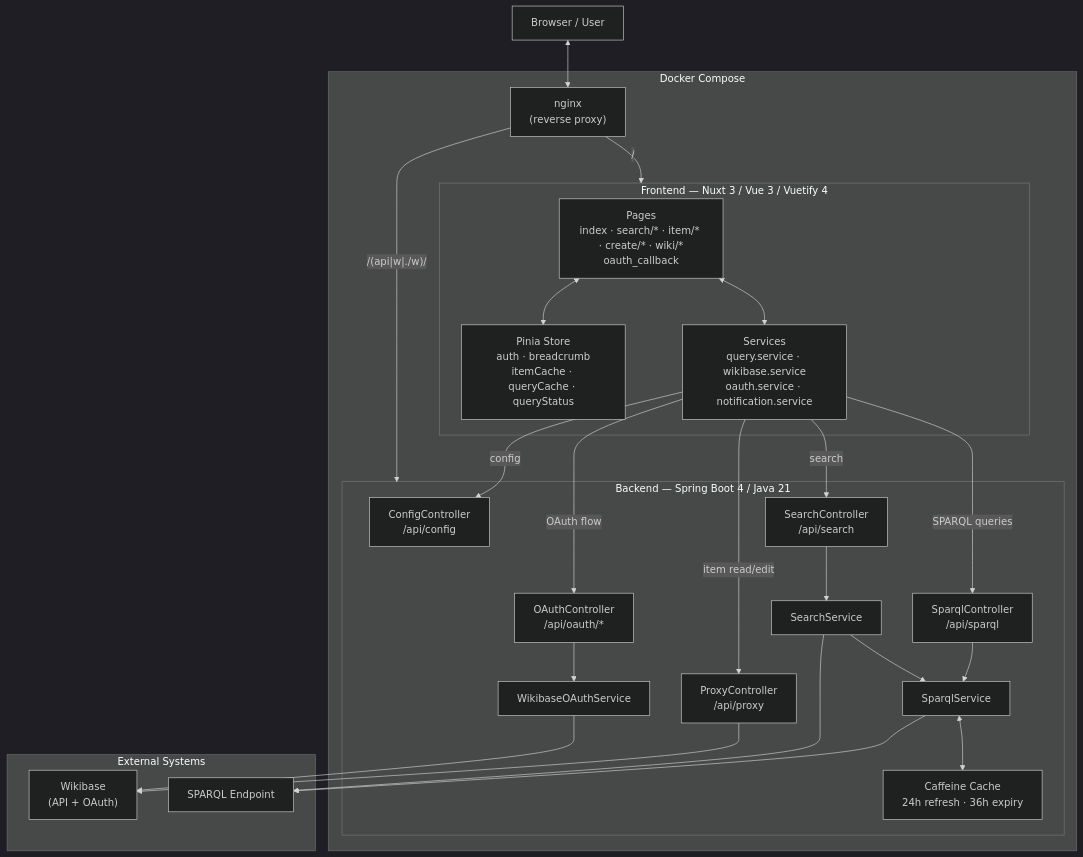
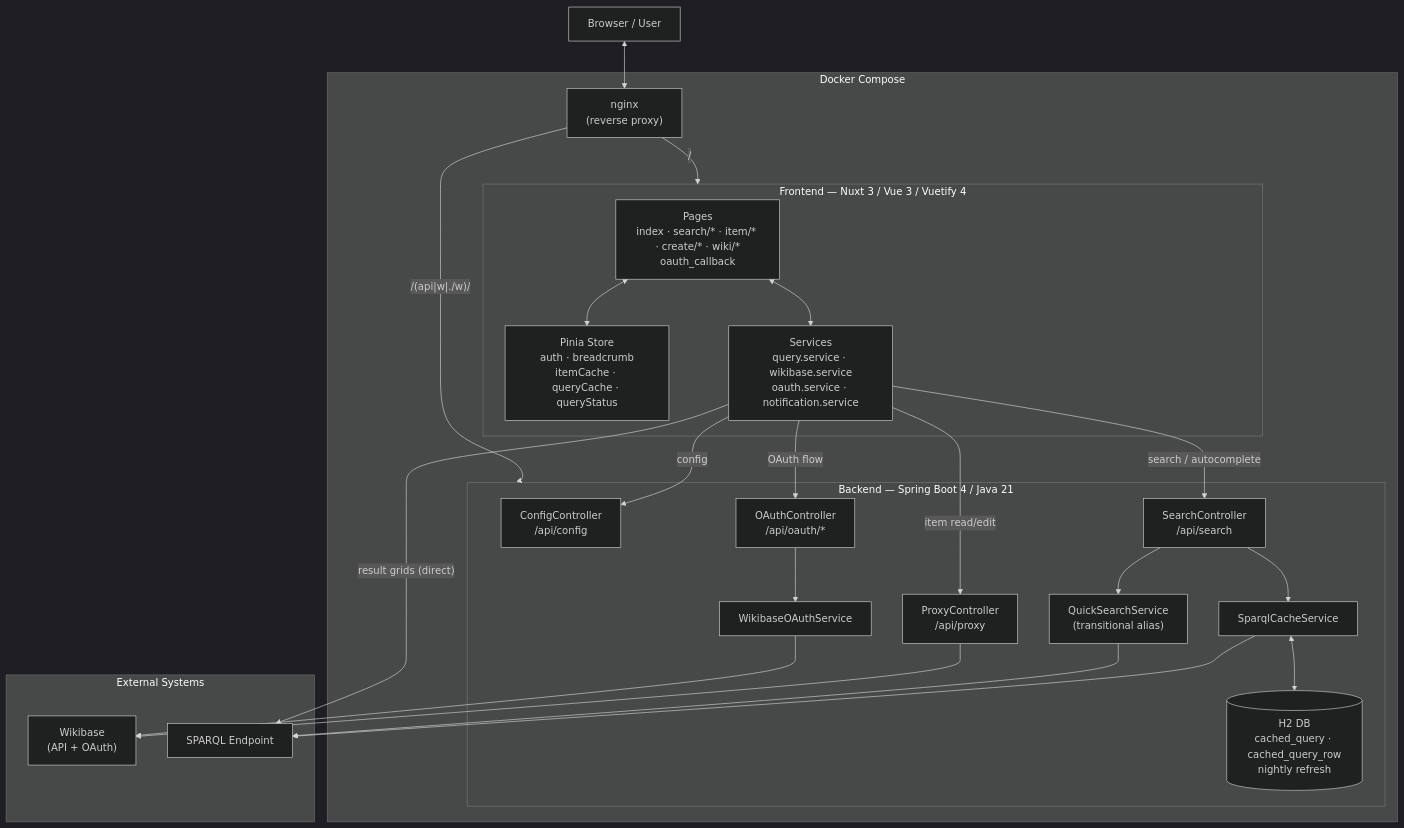
Before and after one commit to PhiloBiblon/philobiblon-ui: the second of 3 diagrams in docs/README.md, drawn with Mermaid (dark theme). The commit also changed other lines of this file and 77 other files, not shown here.

First line of the commit message:
feat: unify SPARQL caching — DB-backed /api/search across languages, bibliographies and BITAGAP subgroups (R1–R5) (#536)

````diff
--- a/docs/README.md
+++ b/docs/README.md
@@ -40,56 +40,54 @@
 ```mermaid
 graph TB
     User["Browser / User"]
 
     subgraph Docker["Docker Compose"]
         Nginx["nginx\n(reverse proxy)"]
 
         subgraph FE["Frontend — Nuxt 3 / Vue 3 / Vuetify 4"]
             Pages["Pages\nindex · search/* · item/* · create/* · wiki/*\noauth_callback"]
             Store["Pinia Store\nauth · breadcrumb\nitemCache · queryCache · queryStatus"]
             Services["Services\nquery.service · wikibase.service\noauth.service · notification.service"]
             Pages <--> Store
             Pages <--> Services
         end
 
         subgraph BE["Backend — Spring Boot 4 / Java 21"]
             ConfigCtrl["ConfigController\n/api/config"]
             OAuthCtrl["OAuthController\n/api/oauth/*"]
-            SparqlCtrl["SparqlController\n/api/sparql"]
             SearchCtrl["SearchController\n/api/search"]
             ProxyCtrl["ProxyController\n/api/proxy"]
 
-            SparqlSvc["SparqlService"]
-            SearchSvc["SearchService"]
+            CacheSvc["SparqlCacheService"]
+            QuickSvc["QuickSearchService\n(transitional alias)"]
             OAuthSvc["WikibaseOAuthService"]
 
-            Cache["Caffeine Cache\n24h refresh · 36h expiry"]
+            Cache[("H2 DB\ncached_query · cached_query_row\nnightly refresh")]
 
-            SparqlCtrl --> SparqlSvc
-            SearchCtrl --> SearchSvc
+            SearchCtrl --> CacheSvc
+            SearchCtrl --> QuickSvc
             OAuthCtrl --> OAuthSvc
-            SparqlSvc <--> Cache
-            SearchSvc --> SparqlSvc
+            CacheSvc <--> Cache
         end
     end
 
     subgraph External["External Systems"]
         Wikibase["Wikibase\n(API + OAuth)"]
         SPARQL["SPARQL Endpoint"]
     end
 
     User <--> Nginx
     Nginx -- "/" --> FE
     Nginx -- "/(api|w|./w)/" --> BE
 
-    Services -- "SPARQL queries" --> SparqlCtrl
     Services -- "item read/edit" --> ProxyCtrl
-    Services -- "search" --> SearchCtrl
+    Services -- "search / autocomplete" --> SearchCtrl
     Services -- "OAuth flow" --> OAuthCtrl
     Services -- "config" --> ConfigCtrl
 
-    SparqlSvc --> SPARQL
-    SearchSvc --> SPARQL
+    CacheSvc --> SPARQL
+    QuickSvc --> SPARQL
+    Services -- "result grids (direct)" --> SPARQL
     ProxyCtrl --> Wikibase
     OAuthSvc --> Wikibase
 ```
````
